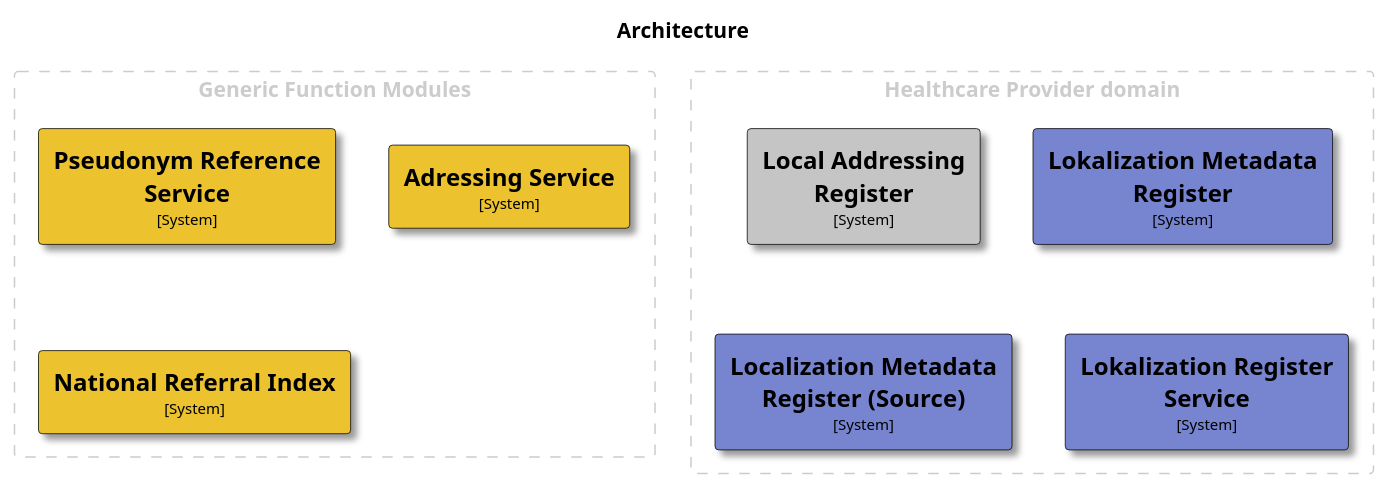
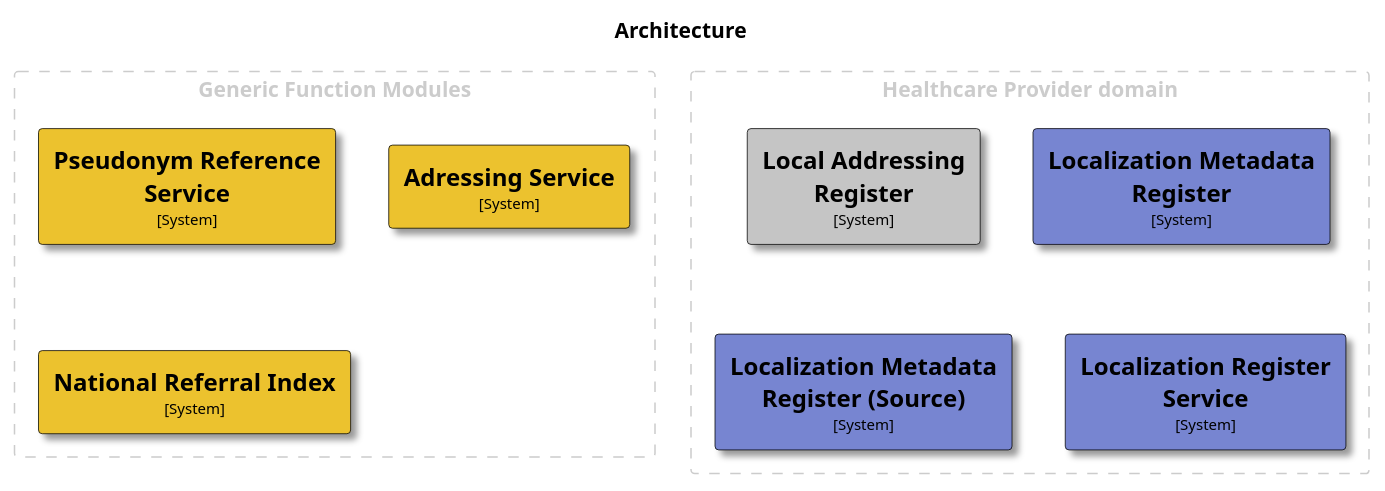
The diagram in docs/images/structurizr-Components.puml (minvws/gfmodules-coordination), drawn with PlantUML before and after one commit. The commit also changed 20 other files, not shown here.

Commit message:
Documented metadata interface The metadata register interface documentation is added inside the coordination repo because it's a interface that needs to be implemented by the various LMR software suppliers. The VWS LMR is only an example and reference implementation

```diff
--- a/docs/images/structurizr-Components.puml
+++ b/docs/images/structurizr-Components.puml
@@ -1,81 +1,81 @@
 @startuml
 set separator none
 title Architecture
 
 top to bottom direction
 
 skinparam {
   arrowFontSize 10
   defaultTextAlignment center
   wrapWidth 200
   maxMessageSize 100
 }
 
 hide stereotype
 
 skinparam rectangle<<AdressingService>> {
   BackgroundColor #ecc22e
   FontColor #000000
   BorderColor #000000
   shadowing true
 }
 skinparam rectangle<<LocalAddressingRegister>> {
   BackgroundColor #c5c5c5
   FontColor #000000
   BorderColor #000000
   shadowing true
 }
+skinparam rectangle<<LocalizationMetadataRegister>> {
+  BackgroundColor #7785d1
+  FontColor #000000
+  BorderColor #000000
+  shadowing true
+}
 skinparam rectangle<<LocalizationMetadataRegisterSource>> {
   BackgroundColor #7785d1
   FontColor #000000
   BorderColor #000000
   shadowing true
 }
-skinparam rectangle<<LokalizationMetadataRegister>> {
-  BackgroundColor #7785d1
-  FontColor #000000
-  BorderColor #000000
-  shadowing true
-}
-skinparam rectangle<<LokalizationRegisterService>> {
+skinparam rectangle<<LocalizationRegisterService>> {
   BackgroundColor #7785d1
   FontColor #000000
   BorderColor #000000
   shadowing true
 }
 skinparam rectangle<<NationalReferralIndex>> {
   BackgroundColor #ecc22e
   FontColor #000000
   BorderColor #000000
   shadowing true
 }
 skinparam rectangle<<PseudonymReferenceService>> {
   BackgroundColor #ecc22e
   FontColor #000000
   BorderColor #000000
   shadowing true
 }
 
 rectangle "Generic Function Modules" <<group1>> as group1 {
   skinparam RectangleBorderColor<<group1>> #cccccc
   skinparam RectangleFontColor<<group1>> #cccccc
   skinparam RectangleBorderStyle<<group1>> dashed
 
   rectangle "==Pseudonym Reference Service\n<size:10>[System]</size>" <<PseudonymReferenceService>> as PseudonymReferenceService
   rectangle "==Adressing Service\n<size:10>[System]</size>" <<AdressingService>> as AdressingService
   rectangle "==National Referral Index\n<size:10>[System]</size>" <<NationalReferralIndex>> as NationalReferralIndex
 }
 
 rectangle "Healthcare Provider domain" <<group2>> as group2 {
   skinparam RectangleBorderColor<<group2>> #cccccc
   skinparam RectangleFontColor<<group2>> #cccccc
   skinparam RectangleBorderStyle<<group2>> dashed
 
   rectangle "==Local Addressing Register\n<size:10>[System]</size>" <<LocalAddressingRegister>> as LocalAddressingRegister
-  rectangle "==Lokalization Metadata Register\n<size:10>[System]</size>" <<LokalizationMetadataRegister>> as LokalizationMetadataRegister
+  rectangle "==Localization Metadata Register\n<size:10>[System]</size>" <<LocalizationMetadataRegister>> as LocalizationMetadataRegister
   rectangle "==Localization Metadata Register (Source)\n<size:10>[System]</size>" <<LocalizationMetadataRegisterSource>> as LocalizationMetadataRegisterSource
-  rectangle "==Lokalization Register Service\n<size:10>[System]</size>" <<LokalizationRegisterService>> as LokalizationRegisterService
+  rectangle "==Localization Register Service\n<size:10>[System]</size>" <<LocalizationRegisterService>> as LocalizationRegisterService
 }
 
 
 @enduml
```
